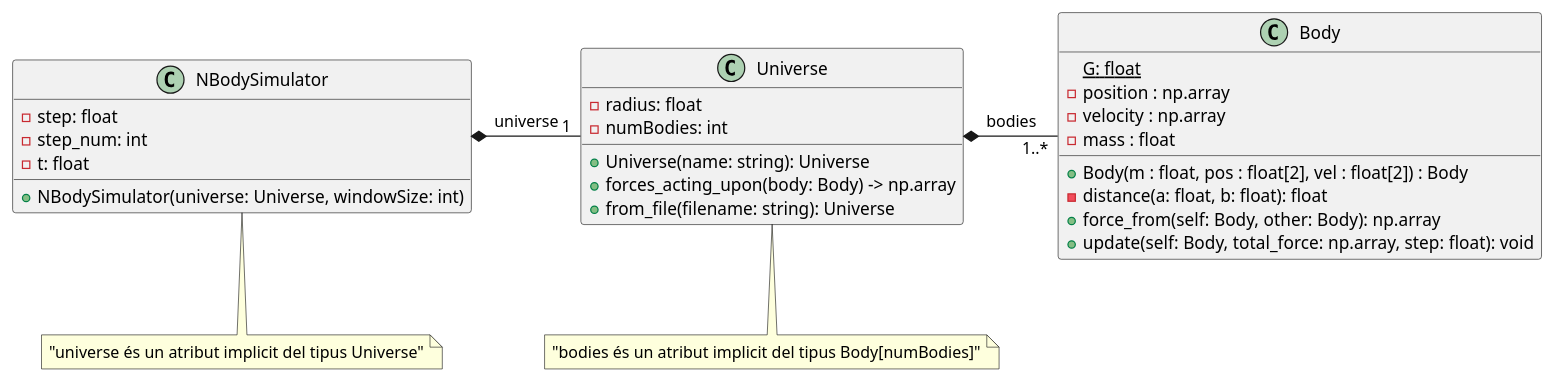
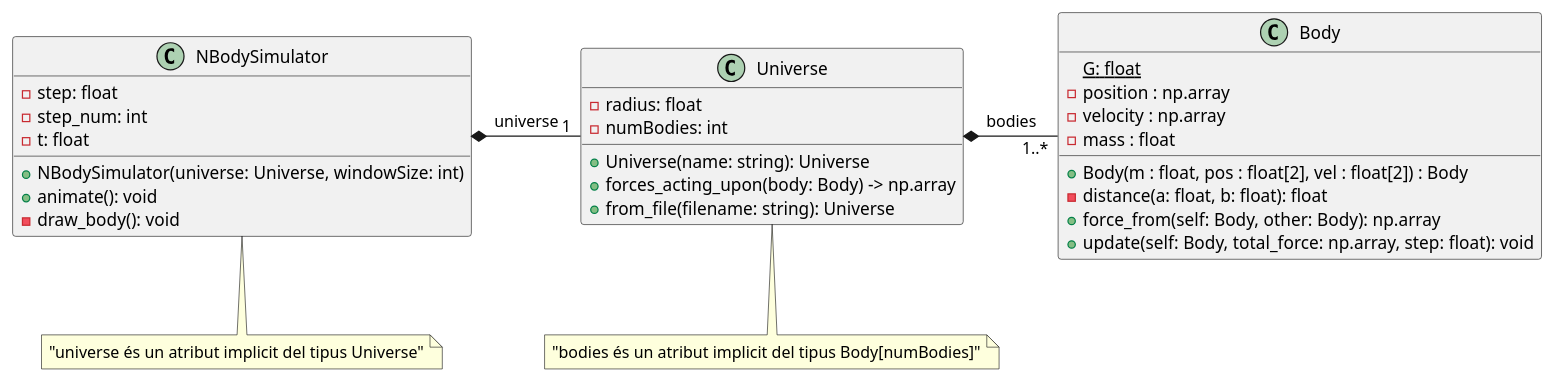
The diagram in Exercicis/Exercici 1/main.puml (NIU1752648/POO), drawn with PlantUML before and after one commit. The commit also changed 1 other file, not shown here.

```diff
--- a/Exercicis/Exercici 1/main.puml
+++ b/Exercicis/Exercici 1/main.puml
@@ -1,35 +1,37 @@
 @startuml
 
 class NBodySimulator {
 -step: float
 -step_num: int
 -t: float
 +NBodySimulator(universe: Universe, windowSize: int)
++animate(): void
+-draw_body(): void
 }
 
 class Universe {
 -radius: float
 -numBodies: int
 +Universe(name: string): Universe
 +forces_acting_upon(body: Body) -> np.array
 +from_file(filename: string): Universe
 }
 
 class Body {
 {static} G: float
 -position : np.array
 -velocity : np.array
 -mass : float
 +Body(m : float, pos : float[2], vel : float[2]) : Body
 -distance(a: float, b: float): float
 +force_from(self: Body, other: Body): np.array
 +update(self: Body, total_force: np.array, step: float): void
 }
 
 note bottom of NBodySimulator: "universe és un atribut implicit del tipus Universe"
 note bottom of Universe: "bodies és un atribut implicit del tipus Body[numBodies]"
 
 Universe "   1" -left-* NBodySimulator: universe
 Body "1..*" -left-* Universe: bodies
 
 @enduml
```
